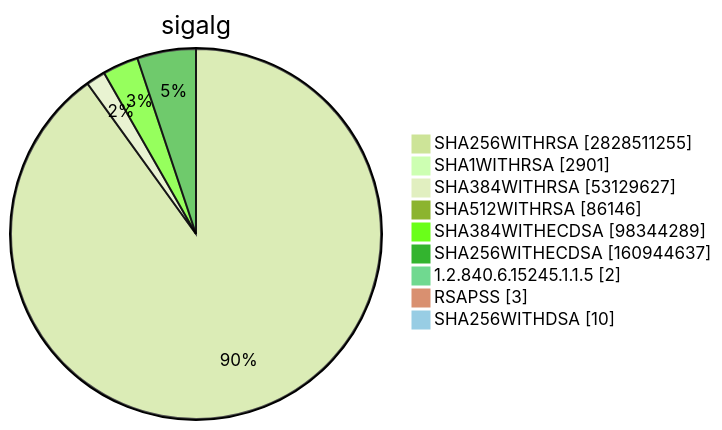
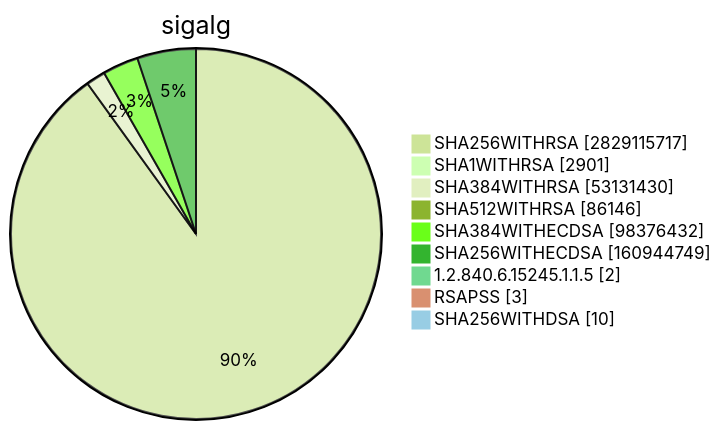
Diagram 15 of 15 in TOTAL/README.md (christiankrug/ctmonitor_visualization), drawn with Mermaid (forest theme) before and after one commit. The commit also changed other lines of this file, not shown here.

````diff
--- a/TOTAL/README.md
+++ b/TOTAL/README.md
@@ -6207,13 +6207,13 @@
 ```mermaid
 pie showData
 title sigalg
-"SHA256WITHRSA" :2828511255
+"SHA256WITHRSA" :2829115717
 "SHA1WITHRSA" :2901
-"SHA384WITHRSA" :53129627
+"SHA384WITHRSA" :53131430
 "SHA512WITHRSA" :86146
-"SHA384WITHECDSA" :98344289
-"SHA256WITHECDSA" :160944637
+"SHA384WITHECDSA" :98376432
+"SHA256WITHECDSA" :160944749
 "1.2.840.6.15245.1.1.5" :2
 "RSAPSS" :3
 "SHA256WITHDSA" :10
 ```
````
